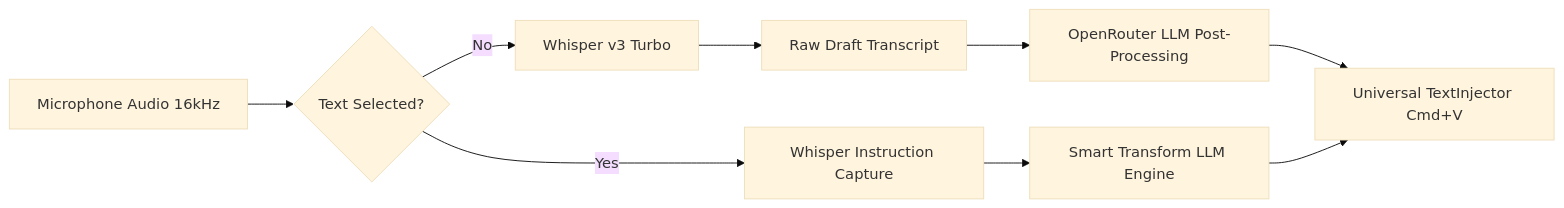
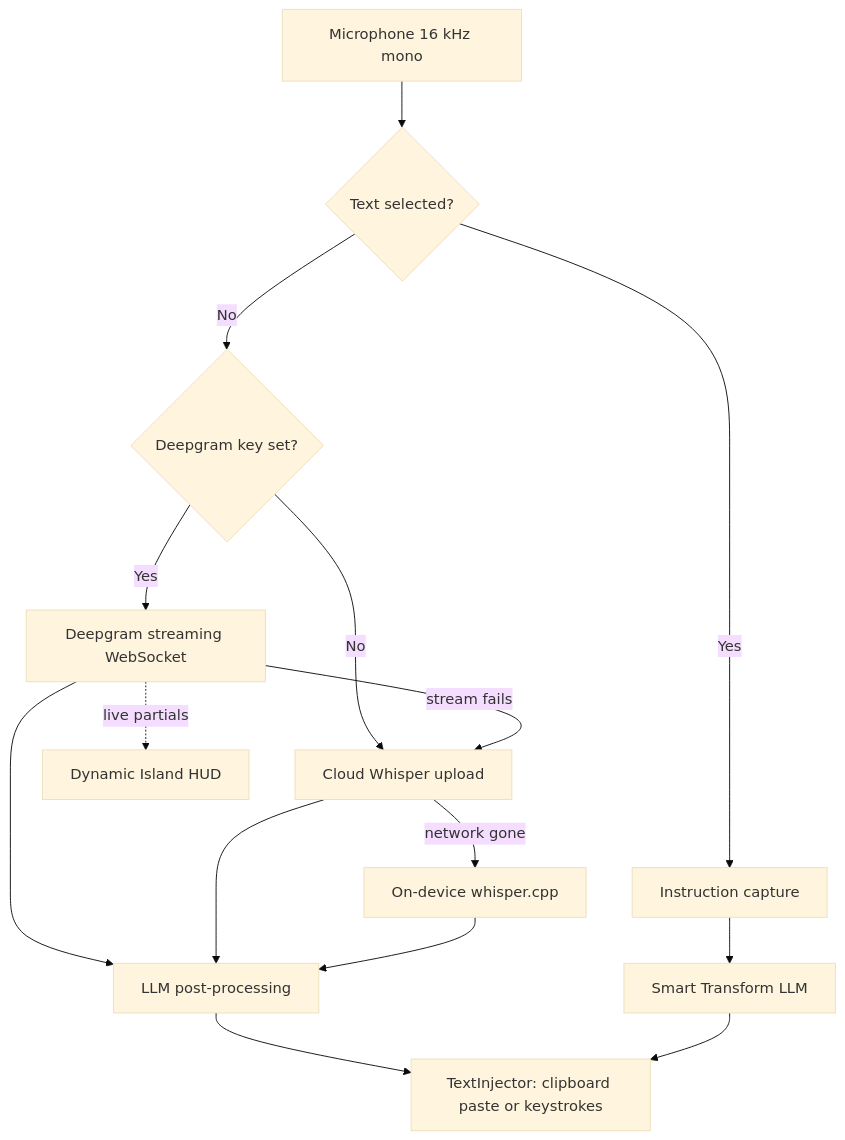
The diagram in README.md (hamidkazimov777-cmd/Lyra), drawn with Mermaid (base theme) before and after one commit. The commit also changed other lines of this file and 1 other file, not shown here.

First line of the commit message:
Release 1.4.0: streaming transcription

````diff
--- a/README.md
+++ b/README.md
@@ -75,11 +78,17 @@
 ```mermaid
-flowchart LR
-    A[Microphone Audio 16kHz] --> B{Text Selected?}
-    B -- No --> C[Whisper v3 Turbo]
-    B -- Yes --> D[Whisper Instruction Capture]
-    C --> E[Raw Draft Transcript]
-    E --> F[OpenRouter LLM Post-Processing]
-    F --> G[Universal TextInjector Cmd+V]
-    D --> H[Smart Transform LLM Engine]
-    H --> G
+flowchart TD
+    A[Microphone 16 kHz mono] --> B{Text selected?}
+    B -- Yes --> S[Instruction capture]
+    B -- No --> T{Deepgram key set?}
+    T -- Yes --> D[Deepgram streaming WebSocket]
+    T -- No --> W[Cloud Whisper upload]
+    D -- stream fails --> W
+    W -- network gone --> L[On-device whisper.cpp]
+    D --> P[LLM post-processing]
+    W --> P
+    L --> P
+    S --> X[Smart Transform LLM]
+    P --> I[TextInjector: clipboard paste or keystrokes]
+    X --> I
+    D -.live partials.-> H[Dynamic Island HUD]
 ```
````
